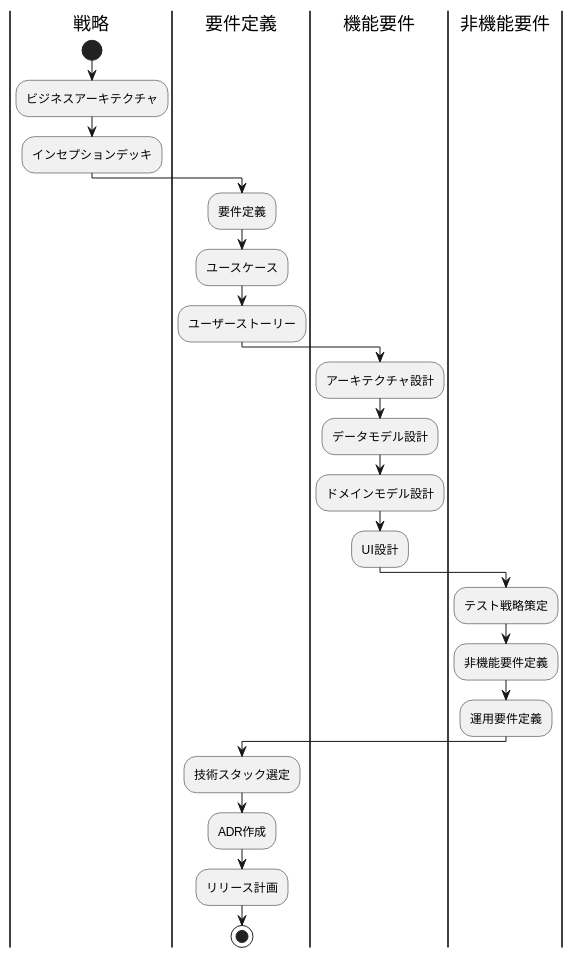
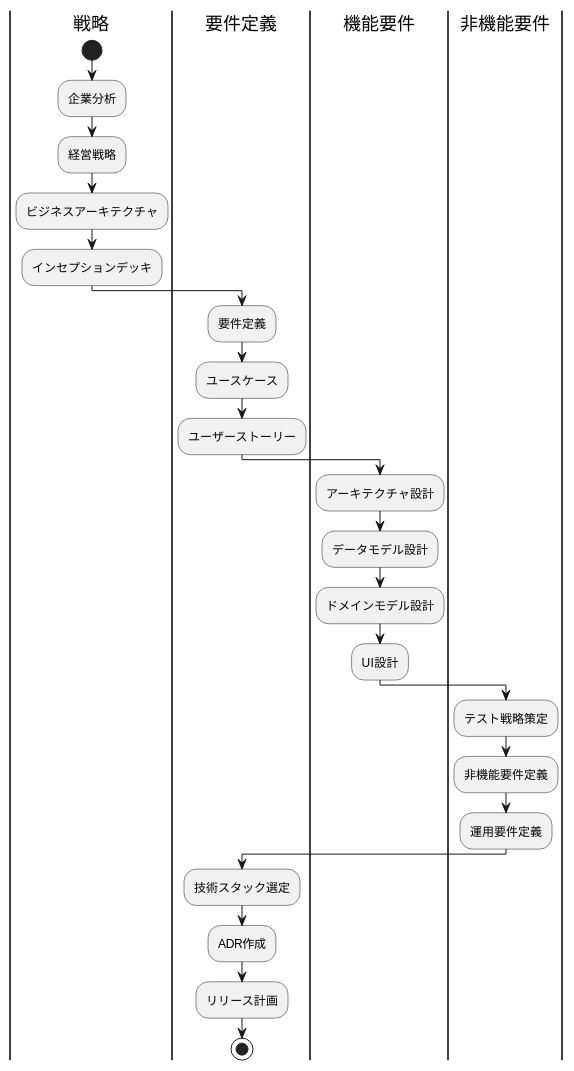
Before and after one commit to k2works/case-study-cargo-tracker: the second of 7 diagrams in docs/reference/開発ガイド.md, drawn with PlantUML. The commit also changed other lines of this file and 39 other files, not shown here.

````diff
--- a/docs/reference/開発ガイド.md
+++ b/docs/reference/開発ガイド.md
@@ -40,31 +40,33 @@
 ```plantuml
 @startuml "Phase 1"
 |戦略|
 start
+:企業分析;
+:経営戦略;
 :ビジネスアーキテクチャ;
 :インセプションデッキ;
 |要件定義|
 :要件定義;
 :ユースケース;
 :ユーザーストーリー;
 
 |機能要件|
 :アーキテクチャ設計;
 :データモデル設計;
 :ドメインモデル設計;
 :UI設計;
 
 |非機能要件|
 :テスト戦略策定;
 :非機能要件定義;
 :運用要件定義;
 
 |要件定義|
 :技術スタック選定;
 :ADR作成;
 :リリース計画;
 
 stop
 
 @enduml
 ```
````
